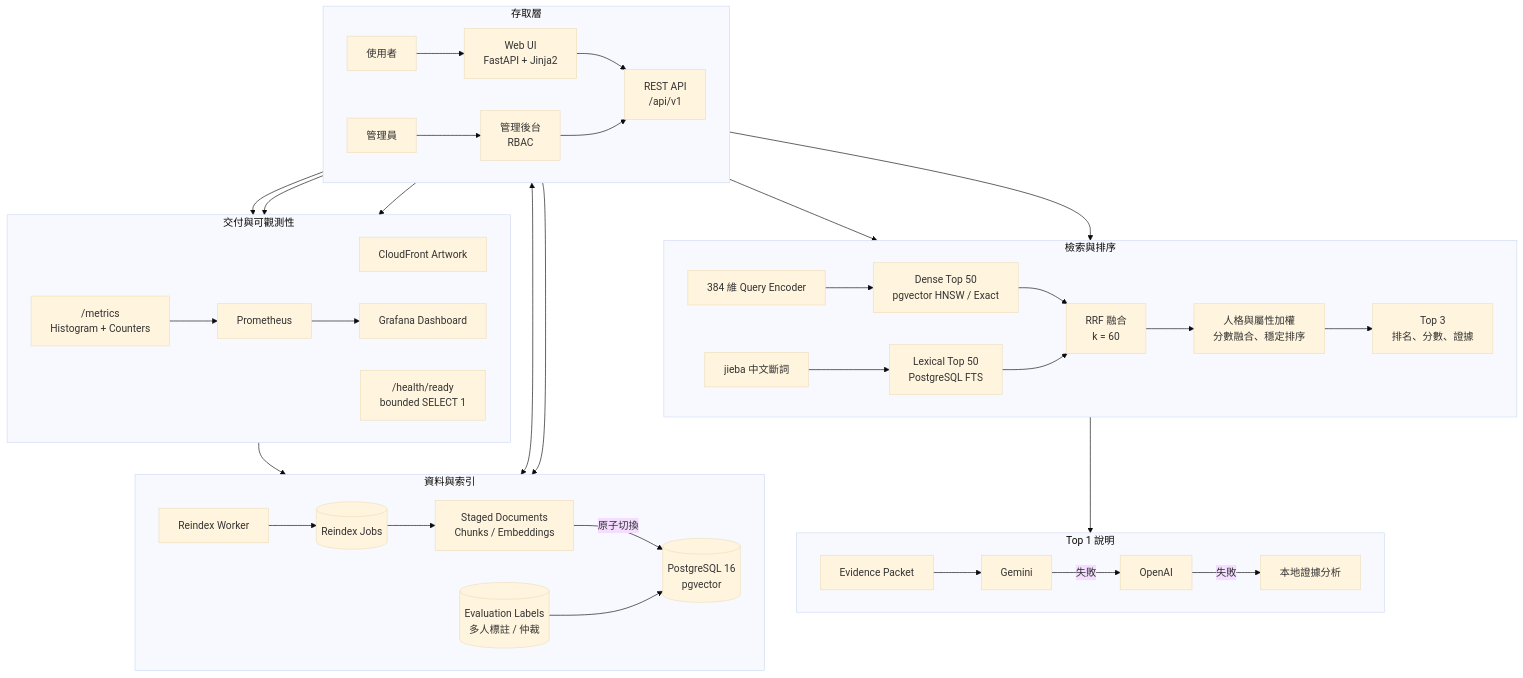
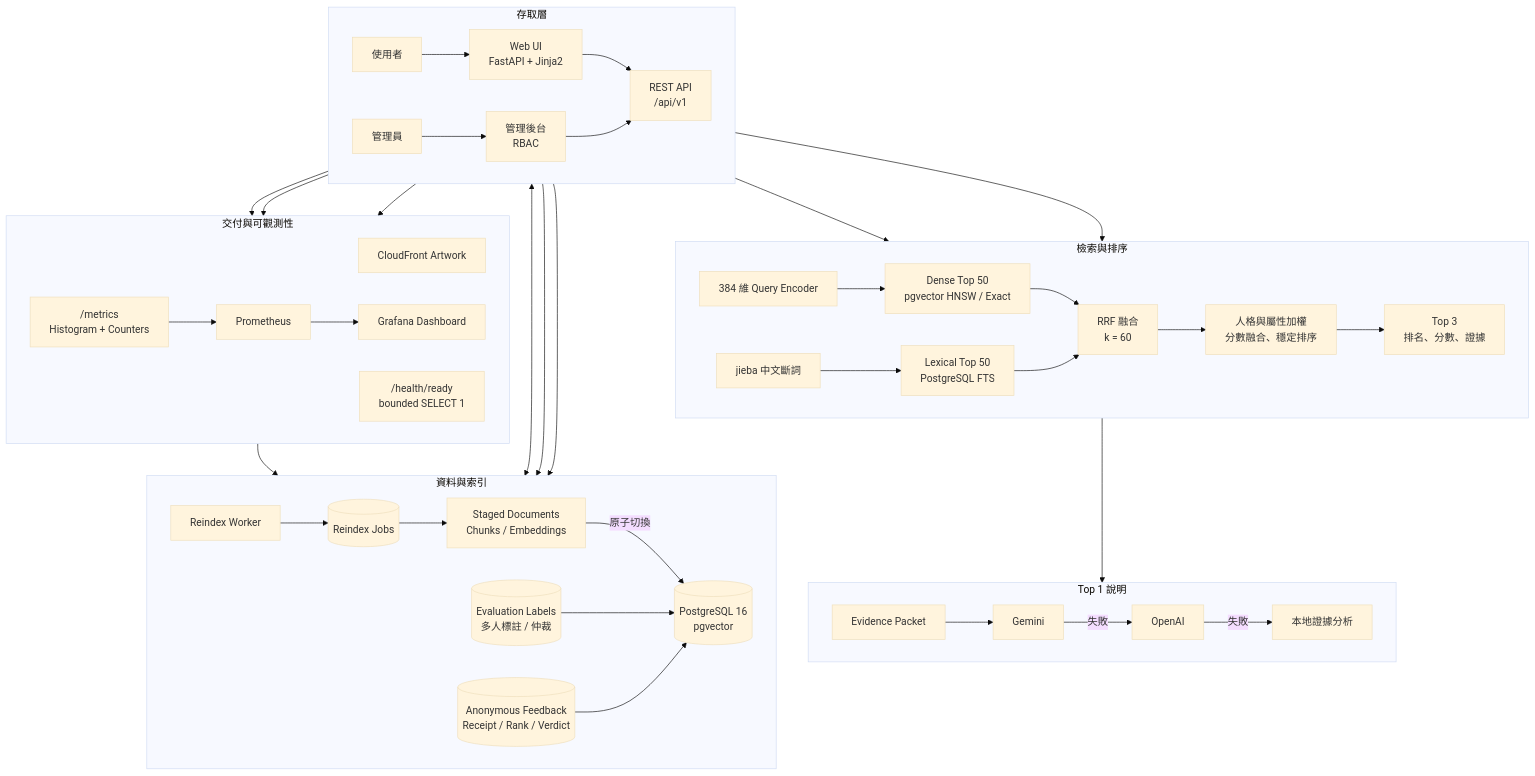
The diagram in README.md (likaisuwork9616/pokemon-personality-recommender), drawn with Mermaid (base theme) before and after one commit. The commit also changed other lines of this file and 32 other files, not shown here.

````diff
--- a/README.md
+++ b/README.md
@@ -58,54 +59,56 @@
 ```mermaid
 flowchart TB
     subgraph ACCESS["存取層"]
         direction LR
         USER["使用者"] --> WEB["Web UI<br/>FastAPI + Jinja2"]
         ADMIN["管理員"] --> ADMIN_UI["管理後台<br/>RBAC"]
         WEB --> API["REST API<br/>/api/v1"]
         ADMIN_UI --> API
     end
 
     subgraph RETRIEVAL["檢索與排序"]
         direction LR
         ENCODER["384 維 Query Encoder"] --> DENSE["Dense Top 50<br/>pgvector HNSW / Exact"]
         TOKENS["jieba 中文斷詞"] --> FTS["Lexical Top 50<br/>PostgreSQL FTS"]
         DENSE --> RRF["RRF 融合<br/>k = 60"]
         FTS --> RRF
         RRF --> SCORE["人格與屬性加權<br/>分數融合、穩定排序"]
         SCORE --> TOP3["Top 3<br/>排名、分數、證據"]
     end
 
     subgraph EXPLANATION["Top 1 說明"]
         direction LR
         PACKET["Evidence Packet"] --> GEMINI["Gemini"]
         GEMINI -->|失敗| OPENAI["OpenAI"]
         OPENAI -->|失敗| LOCAL["本地證據分析"]
     end
 
     subgraph DATA["資料與索引"]
         direction LR
         DB[("PostgreSQL 16<br/>pgvector")]
         WORKER["Reindex Worker"] --> JOBS[("Reindex Jobs")]
         JOBS --> STAGED["Staged Documents<br/>Chunks / Embeddings"]
         STAGED -->|原子切換| DB
         LABELS[("Evaluation Labels<br/>多人標註 / 仲裁")] --> DB
+        FEEDBACK[("Anonymous Feedback<br/>Receipt / Rank / Verdict")] --> DB
     end
 
     subgraph OPS["交付與可觀測性"]
         direction LR
         CDN["CloudFront Artwork"]
         READY["/health/ready<br/>bounded SELECT 1"]
         METRICS["/metrics<br/>Histogram + Counters"] --> PROM["Prometheus"]
         PROM --> GRAFANA["Grafana Dashboard"]
     end
 
     API --> ENCODER
     API --> TOKENS
     TOP3 --> PACKET
     API <--> DB
     API --> READY
     READY --> DB
     WEB --> CDN
     API --> METRICS
     ADMIN_UI --> LABELS
+    API --> FEEDBACK
 ```
````
